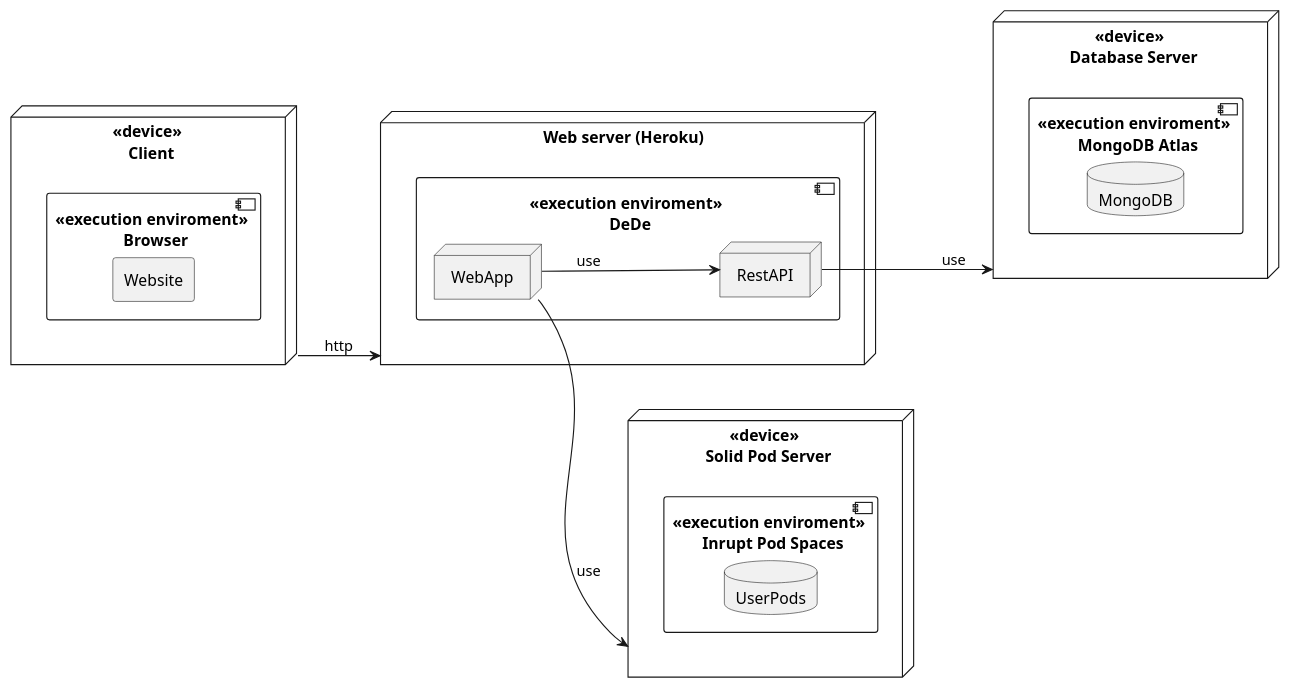
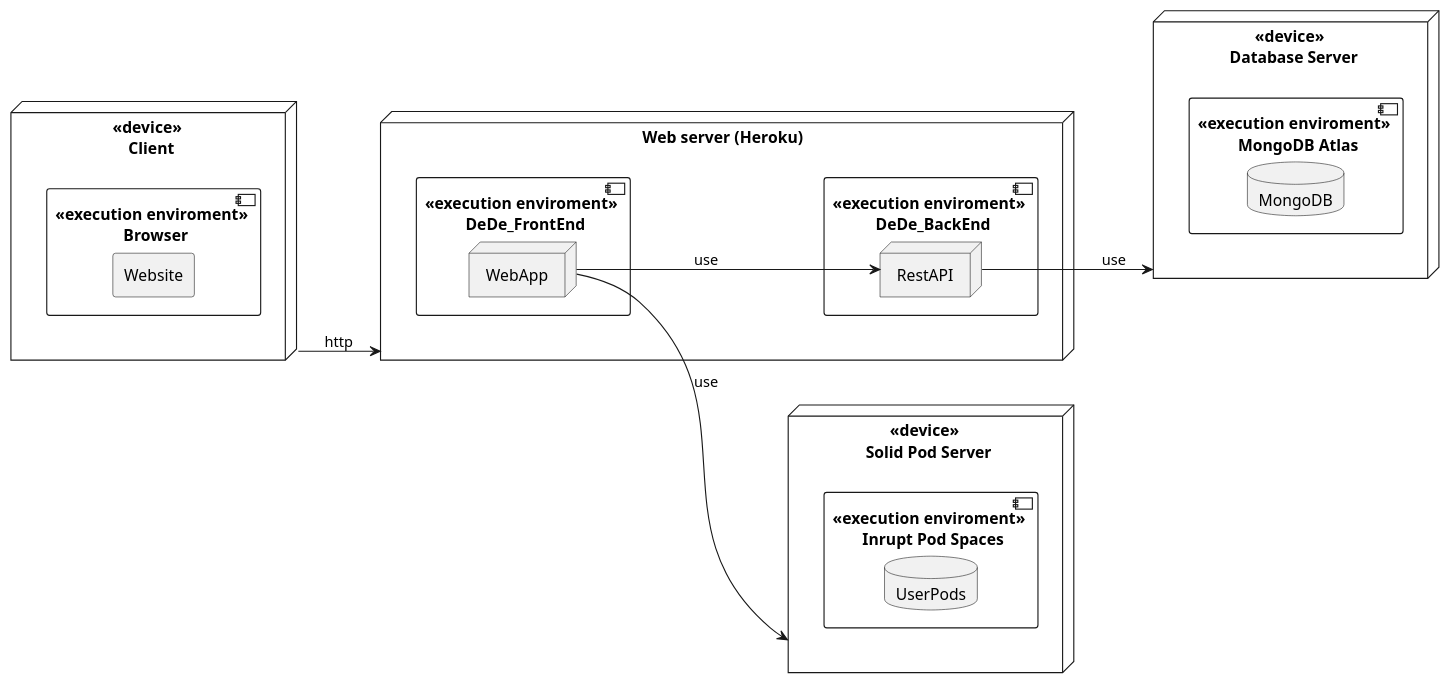
One commit to Arquisoft/dede_es5a changed the diagram in docs/07_deployment_view.adoc. Above: the diagram before and after it, drawn with PlantUML.

Commit message:
Añadido arreglo de issue #157

```diff
--- a/docs/07_deployment_view.adoc
+++ b/docs/07_deployment_view.adoc
@@ -39,37 +39,39 @@
 [plantuml,"Deployment_view_diagram", png]
 ----
 @startuml
 
 left to right direction
 
 node "<<device>> \n Client" as client{
 component "<<execution enviroment>> \n Browser"{
 rectangle Website
 }
 }
 
 node "Web server (Heroku)" as webserver{
-component "<<execution enviroment>> \n DeDe"{
+component "<<execution enviroment>> \n DeDe_FrontEnd"{
 node WebApp
+}
+component "<<execution enviroment>> \n DeDe_BackEnd"{
 node RestAPI
 }
 }
 
 node "<<device>> \n Database Server" as db{
 component "<<execution enviroment>> \n MongoDB Atlas"{
 database MongoDB
 }
 }
 
 node "<<device>> \n Solid Pod Server" as solid{
 component "<<execution enviroment>> \n Inrupt Pod Spaces"{
 database UserPods
 }
 }
 
 client --> webserver : http
 WebApp --> RestAPI : use
 RestAPI --> db : use
 WebApp --> solid : use
 @enduml
 ----
```
